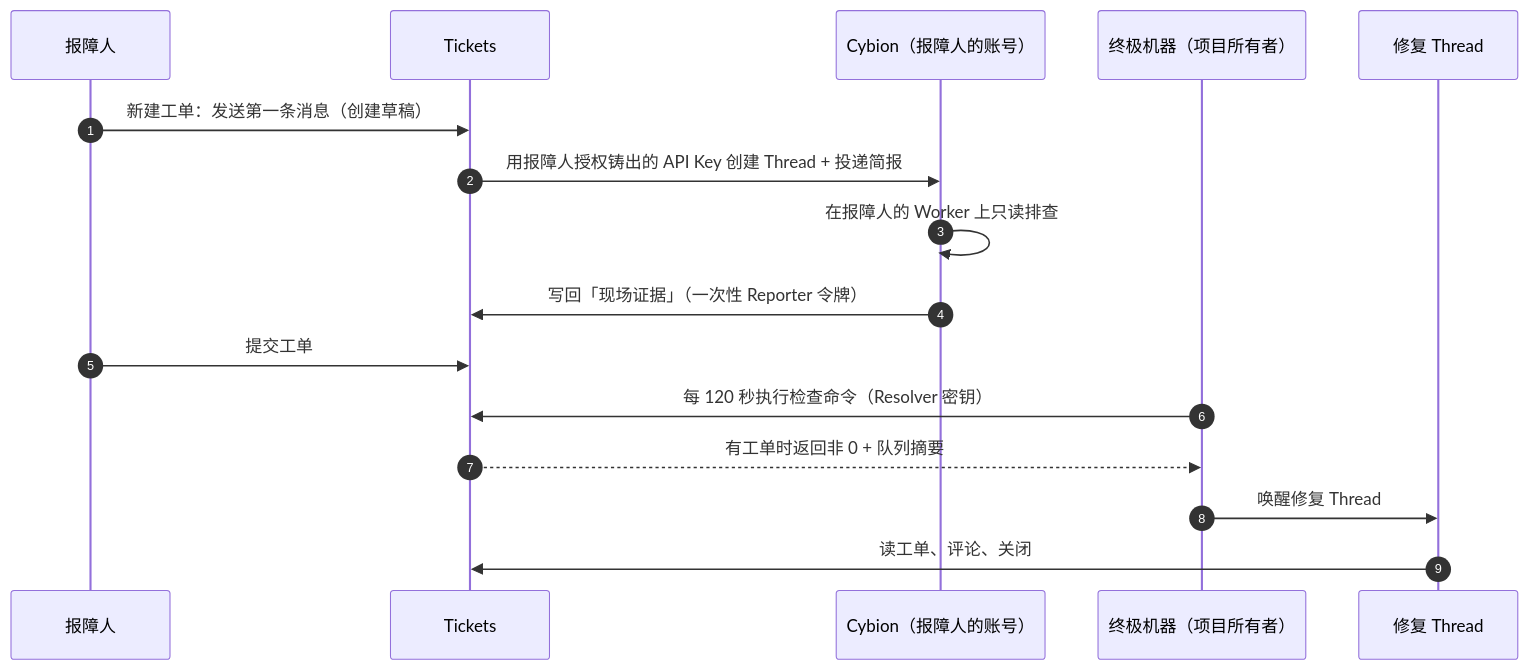
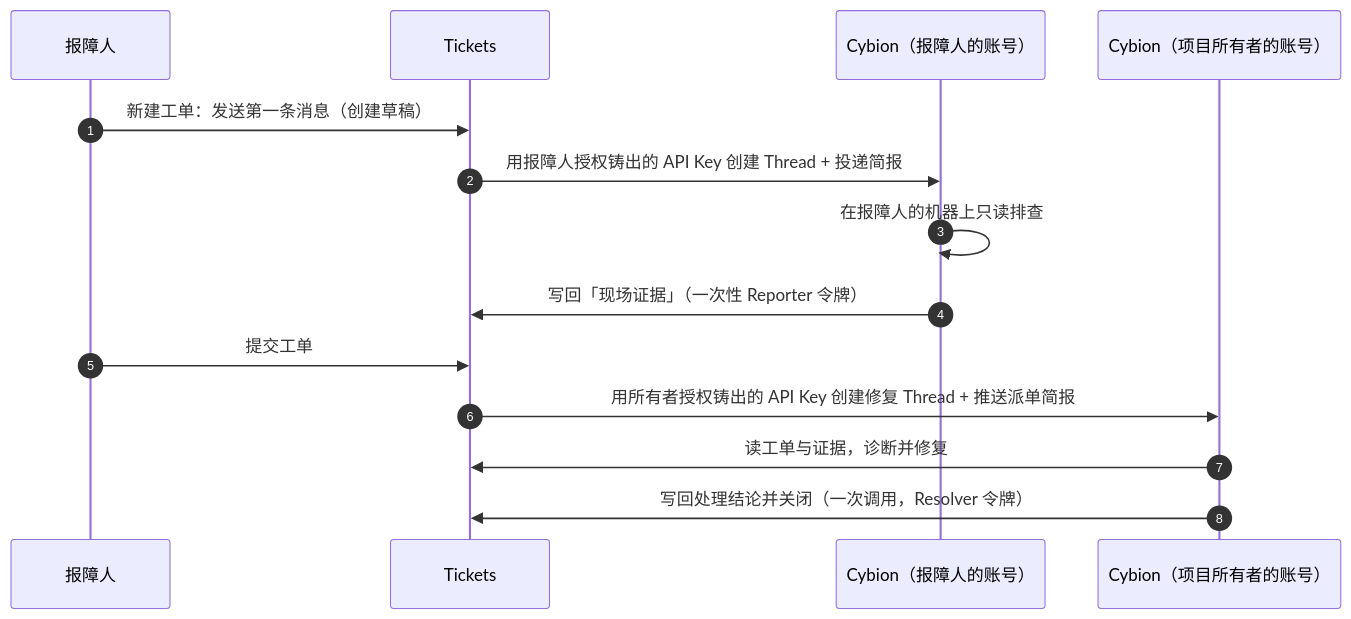
Before and after one commit to zccz14/tickets: the first of 2 diagrams in README.md, drawn with Mermaid. The commit also changed other lines of this file and 30 other files, not shown here.

````diff
--- a/README.md
+++ b/README.md
@@ -13,19 +13,17 @@
 ```mermaid
 sequenceDiagram
     autonumber
     participant R as 报障人
     participant T as Tickets
     participant C as Cybion（报障人的账号）
-    participant M as 终极机器（项目所有者）
-    participant X as 修复 Thread
+    participant X as Cybion（项目所有者的账号）
 
     R->>T: 新建工单：发送第一条消息（创建草稿）
     T->>C: 用报障人授权铸出的 API Key 创建 Thread + 投递简报
-    C->>C: 在报障人的 Worker 上只读排查
+    C->>C: 在报障人的机器上只读排查
     C->>T: 写回「现场证据」（一次性 Reporter 令牌）
     R->>T: 提交工单
-    M->>T: 每 120 秒执行检查命令（Resolver 密钥）
-    T-->>M: 有工单时返回非 0 + 队列摘要
-    M->>X: 唤醒修复 Thread
-    X->>T: 读工单、评论、关闭
+    T->>X: 用所有者授权铸出的 API Key 创建修复 Thread + 推送派单简报
+    X->>T: 读工单与证据，诊断并修复
+    X->>T: 写回处理结论并关闭（一次调用，Resolver 令牌）
 ```
````
